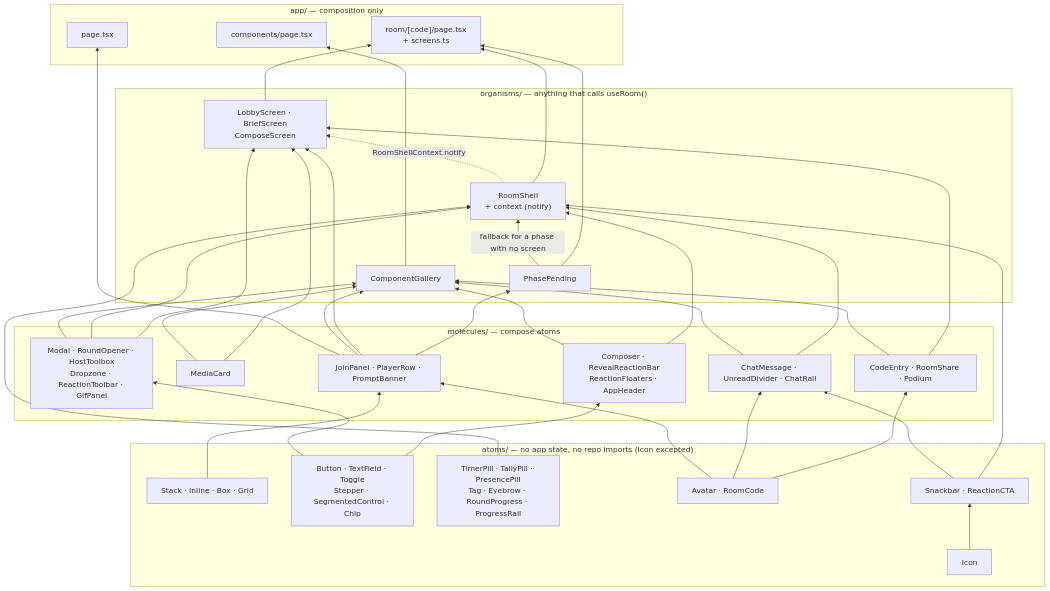
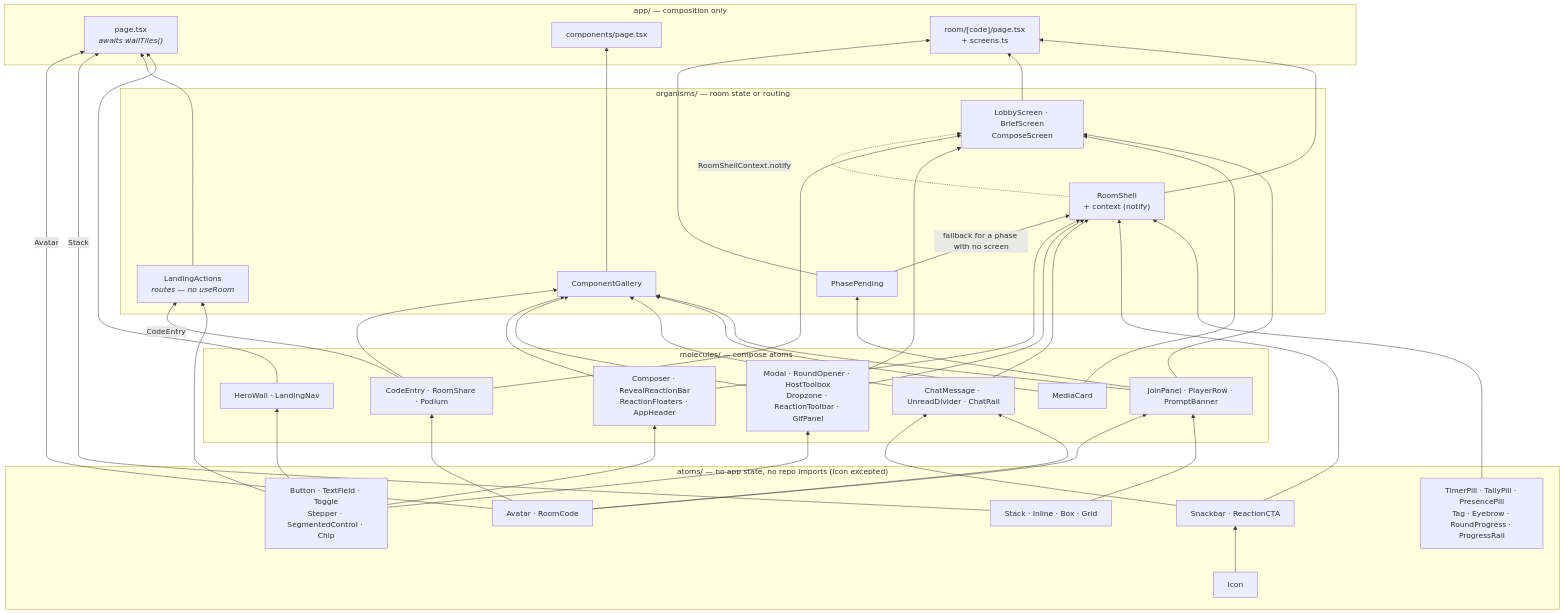
The fourth of 8 diagrams in docs/architecture.md (Jmeza081/captionist), drawn with Mermaid before and after one commit. The commit also changed other lines of this file and 53 other files, not shown here.

First line of the commit message:
Build the landing page, and make its GIF wall cheap

````diff
--- a/docs/architecture.md
+++ b/docs/architecture.md
@@ -296,63 +341,71 @@
 ```mermaid
 graph BT
   subgraph atoms["atoms/ — no app state, no repo imports (Icon excepted)"]
     Layout["Stack · Inline · Box · Grid"]
     Icon["Icon"]
     Controls["Button · TextField · Toggle<br/>Stepper · SegmentedControl · Chip"]
     Status["TimerPill · TallyPill · PresencePill<br/>Tag · Eyebrow · RoundProgress · ProgressRail"]
     Ident["Avatar · RoomCode"]
     Feedback["Snackbar · ReactionCTA"]
   end
   subgraph molecules["molecules/ — compose atoms"]
     Room["JoinPanel · PlayerRow · PromptBanner"]
     Media["MediaCard"]
     Chat["ChatMessage · UnreadDivider · ChatRail"]
     Overlay["Modal · RoundOpener · HostToolbox<br/>Dropzone · ReactionToolbar · GifPanel"]
     Compose["Composer · RevealReactionBar<br/>ReactionFloaters · AppHeader"]
     Lobby["CodeEntry · RoomShare · Podium"]
+    Landing["HeroWall · LandingNav"]
   end
-  subgraph organisms["organisms/ — anything that calls useRoom()"]
+  subgraph organisms["organisms/ — room state or routing"]
     Shell["RoomShell<br/>+ context (notify)"]
     Screens["LobbyScreen · BriefScreen<br/>ComposeScreen"]
     Pending["PhasePending"]
     Gallery["ComponentGallery"]
+    Actions["LandingActions<br/><i>routes — no useRoom</i>"]
   end
   subgraph pages["app/ — composition only"]
-    Home["page.tsx"]
+    Home["page.tsx<br/><i>awaits wallTiles()</i>"]
     Comp["components/page.tsx"]
     RoomPage["room/[code]/page.tsx<br/>+ screens.ts"]
   end
 
   Icon --> Feedback
   Layout --> Room
   Ident --> Room
   Ident --> Chat
   Controls --> Overlay
   Feedback --> Chat
-  Room --> Home
+  Controls --> Landing
+  Controls --> Actions
+  Lobby -->|"CodeEntry"| Actions
+  Landing --> Home
+  Actions --> Home
+  Layout -->|"Stack"| Home
+  Ident -->|"Avatar"| Home
   Room --> Gallery
   Media --> Gallery
   Chat --> Gallery
   Overlay --> Gallery
   Compose --> Gallery
   Lobby --> Gallery
   Controls --> Compose
   Ident --> Lobby
   Gallery --> Comp
 
   Status --> Shell
   Feedback --> Shell
   Chat --> Shell
   Overlay --> Shell
   Compose --> Shell
   Pending -->|"fallback for a phase with no screen"| Shell
   Room --> Screens
   Media --> Screens
   Overlay --> Screens
   Lobby --> Screens
   Room --> Pending
   Shell -.->|"RoomShellContext.notify"| Screens
   Shell --> RoomPage
   Screens --> RoomPage
   Pending --> RoomPage
 ```
````
